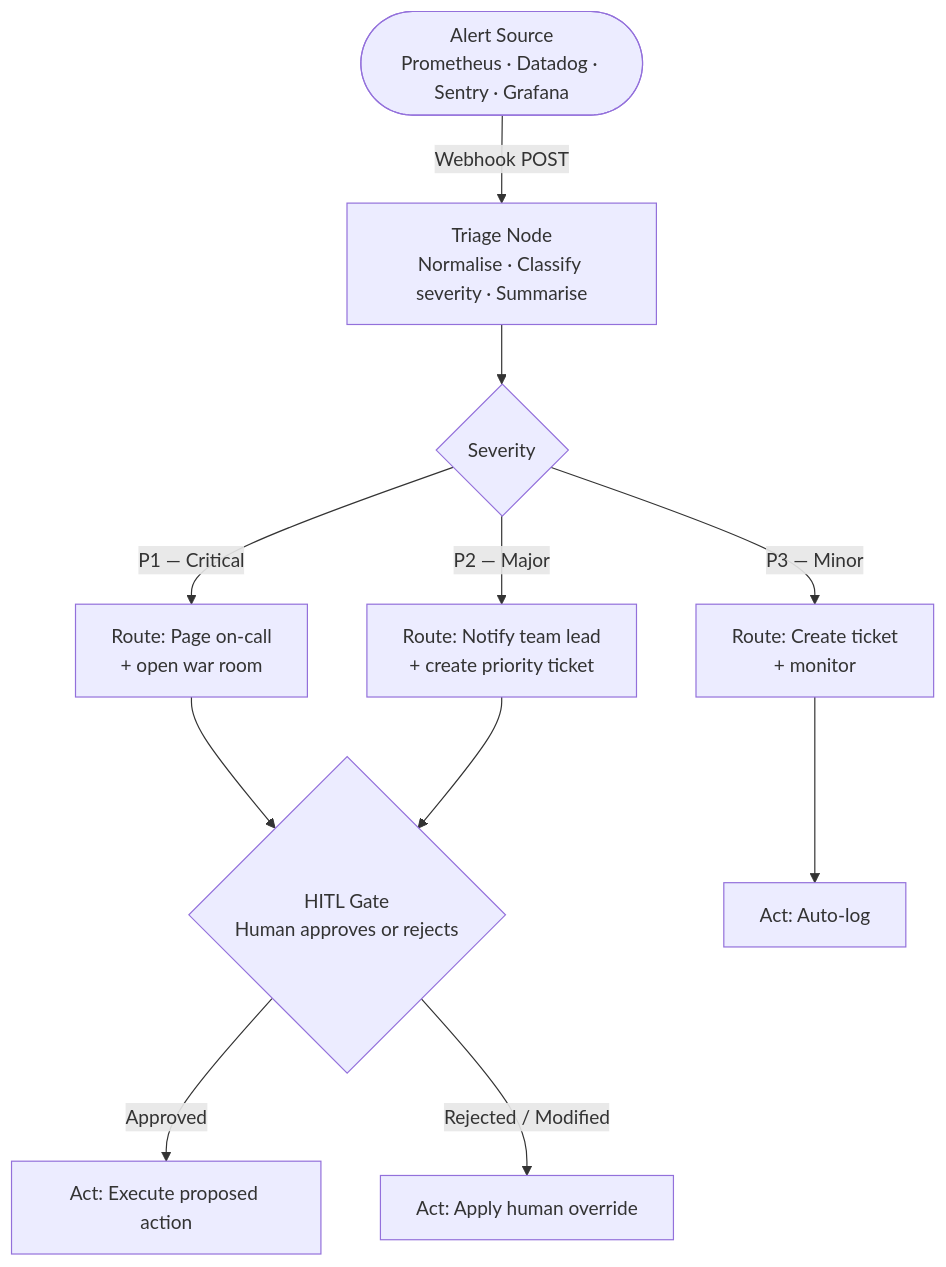
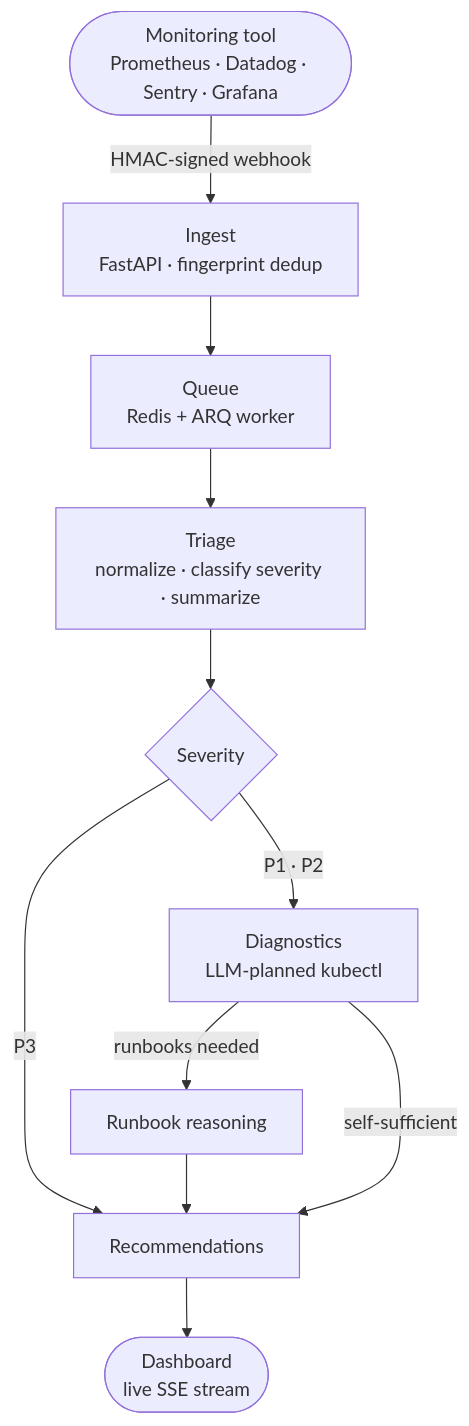
Before and after one commit to va18hav/Autage: the diagram in README.md, drawn with Mermaid. The commit also changed other lines of this file and 29 other files, not shown here.

````diff
--- a/README.md
+++ b/README.md
@@ -9,13 +24,13 @@
 ```mermaid
 flowchart TD
-    A([Alert Source\nPrometheus · Datadog · Sentry · Grafana]) -->|Webhook POST| B[Triage Node\nNormalise · Classify severity · Summarise]
-    B --> C{Severity}
-    C -->|P1 — Critical| D[Route: Page on-call\n+ open war room]
-    C -->|P2 — Major| E[Route: Notify team lead\n+ create priority ticket]
-    C -->|P3 — Minor| F[Route: Create ticket\n+ monitor]
-    D --> G{HITL Gate\nHuman approves or rejects}
-    E --> G
-    F --> H[Act: Auto-log]
-    G -->|Approved| I[Act: Execute proposed action]
-    G -->|Rejected / Modified| J[Act: Apply human override]
+    A([Monitoring tool<br/>Prometheus · Datadog · Sentry · Grafana]) -->|HMAC-signed webhook| B[Ingest<br/>FastAPI · fingerprint dedup]
+    B --> C[Queue<br/>Redis + ARQ worker]
+    C --> D[Triage<br/>normalize · classify severity · summarize]
+    D --> E{Severity}
+    E -->|P1 · P2| F[Diagnostics<br/>LLM-planned kubectl]
+    E -->|P3| H[Recommendations]
+    F -->|runbooks needed| G[Runbook reasoning]
+    G --> H
+    F -->|self-sufficient| H
+    H --> I([Dashboard<br/>live SSE stream])
 ```
````
